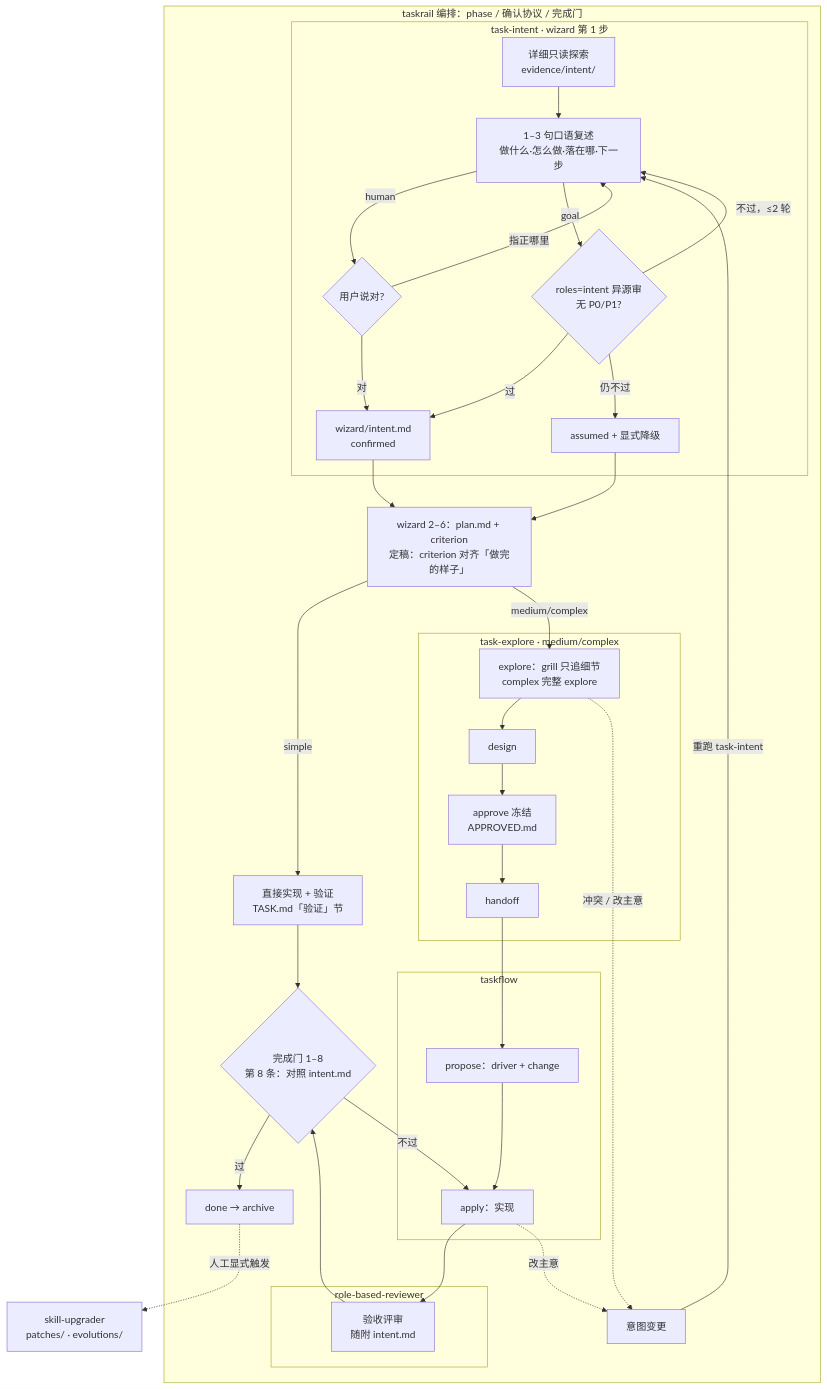
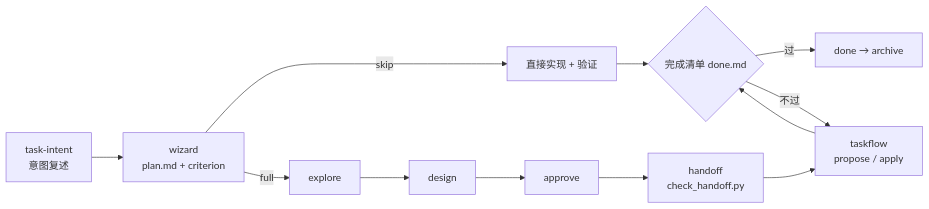
One commit to sunzhenkai/solo-skills changed the diagram in docs/task-flow/README.md. Above: the diagram before and after it, drawn with Mermaid. The commit also changed other lines of this file and 87 other files, not shown here.

````diff
--- a/docs/task-flow/README.md
+++ b/docs/task-flow/README.md
@@ -18,40 +19,11 @@
 ```mermaid
-flowchart TD
-  subgraph TR[taskrail 编排：phase / 确认协议 / 完成门]
-    subgraph TI[task-intent · wizard 第 1 步]
-      P[详细只读探索<br/>evidence/intent/] --> S[1–3 句口语复述<br/>做什么·怎么做·落在哪·下一步]
-      S -->|human| H{用户说对?}
-      H -->|指正哪里| S
-      S -->|goal| G{roles=intent 异源审<br/>无 P0/P1?}
-      G -->|不过，≤2 轮| S
-      H -->|对| C[wizard/intent.md<br/>confirmed]
-      G -->|过| C
-      G -->|仍不过| AS[assumed + 显式降级]
-    end
-    C --> W[wizard 2–6：plan.md + criterion<br/>定稿：criterion 对齐「做完的样子」]
-    AS --> W
-    W -->|simple| SI[直接实现 + 验证<br/>TASK.md「验证」节]
-    subgraph TE[task-explore · medium/complex]
-      E[explore：grill 只追细节<br/>complex 完整 explore] --> D[design]
-      D --> A[approve 冻结<br/>APPROVED.md]
-      A --> HO[handoff]
-    end
-    W -->|medium/complex| E
-    subgraph TF[taskflow]
-      PR[propose：driver + change] --> AP[apply：实现]
-    end
-    HO --> PR
-    subgraph RB[role-based-reviewer]
-      R[验收评审<br/>随附 intent.md]
-    end
-    AP --> R
-    R --> DG{完成门 1–8<br/>第 8 条：对照 intent.md}
-    SI --> DG
-    DG -->|不过| AP
-    DG -->|过| DONE[done → archive]
-    E -. 冲突 / 改主意 .-> IC[意图变更]
-    AP -. 改主意 .-> IC
-    IC -->|重跑 task-intent| S
-  end
-  DONE -. 人工显式触发 .-> SU[skill-upgrader<br/>patches/ · evolutions/]
+flowchart LR
+  I[task-intent<br/>意图复述] --> W[wizard<br/>plan.md + criterion]
+  W -->|skip| S[直接实现 + 验证]
+  W -->|full| E[explore] --> D[design] --> A[approve] --> H[handoff<br/>check_handoff.py]
+  H --> P[taskflow<br/>propose / apply]
+  S --> DONE{完成清单 done.md}
+  P --> DONE
+  DONE -->|过| X[done → archive]
+  DONE -->|不过| P
 ```
````
